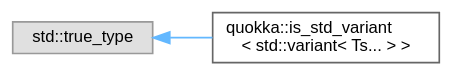
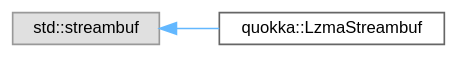
The diagram in reference/cpp/inherit_graph_38.dot (quarkslab/quokka), drawn with Graphviz before and after one commit. The commit also changed 89 other files, not shown here.

```diff
--- a/reference/cpp/inherit_graph_38.dot
+++ b/reference/cpp/inherit_graph_38.dot
@@ -1,11 +1,11 @@
 digraph "Graphical Class Hierarchy"
 {
  // LATEX_PDF_SIZE
   bgcolor="transparent";
   edge [fontname=Helvetica,fontsize=10,labelfontname=Helvetica,labelfontsize=10];
   node [fontname=Helvetica,fontsize=10,shape=box,height=0.2,width=0.4];
   rankdir="LR";
-  Node0 [id="Node000000",label="std::true_type",height=0.2,width=0.4,color="grey60", fillcolor="#E0E0E0", style="filled",tooltip=" "];
+  Node0 [id="Node000000",label="std::streambuf",height=0.2,width=0.4,color="grey60", fillcolor="#E0E0E0", style="filled",tooltip=" "];
   Node0 -> Node1 [id="edge28_Node000000_Node000001",dir="back",color="steelblue1",style="solid",tooltip=" "];
-  Node1 [id="Node000001",label="quokka::is_std_variant\l\< std::variant\< Ts... \> \>",height=0.2,width=0.4,color="grey40", fillcolor="white", style="filled",URL="$structquokka_1_1is__std__variant_3_01std_1_1variant_3_01Ts_8_8_8_01_4_01_4.html",tooltip=" "];
+  Node1 [id="Node000001",label="quokka::LzmaStreambuf",height=0.2,width=0.4,color="grey40", fillcolor="white", style="filled",URL="$classquokka_1_1LzmaStreambuf.html",tooltip=" "];
 }
```
